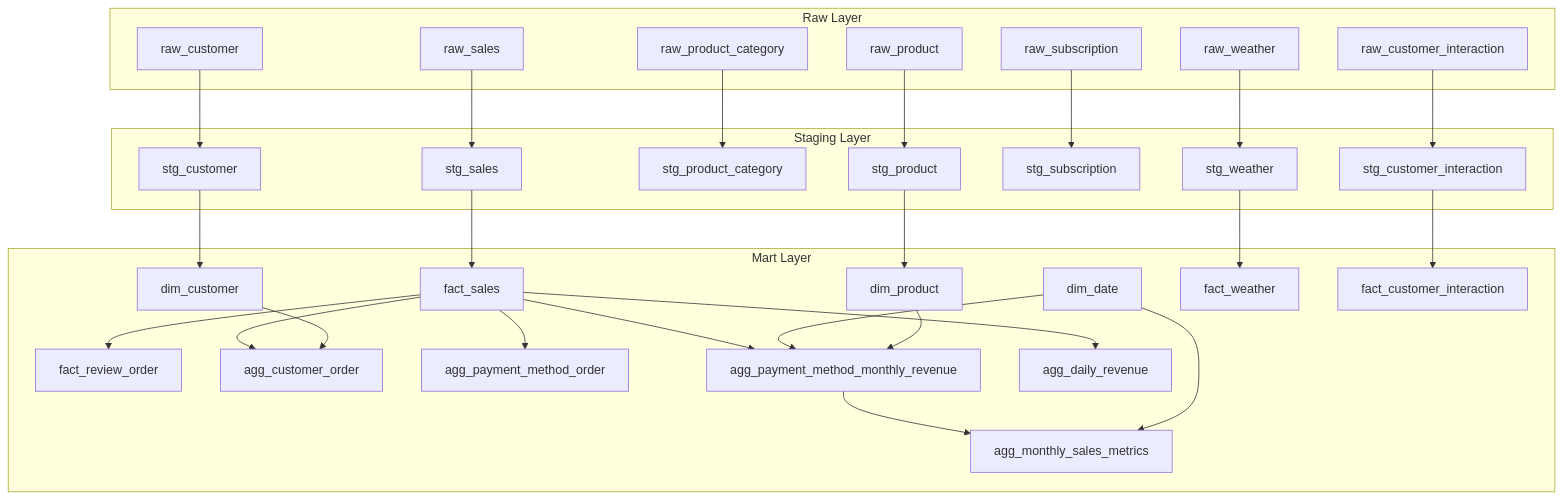
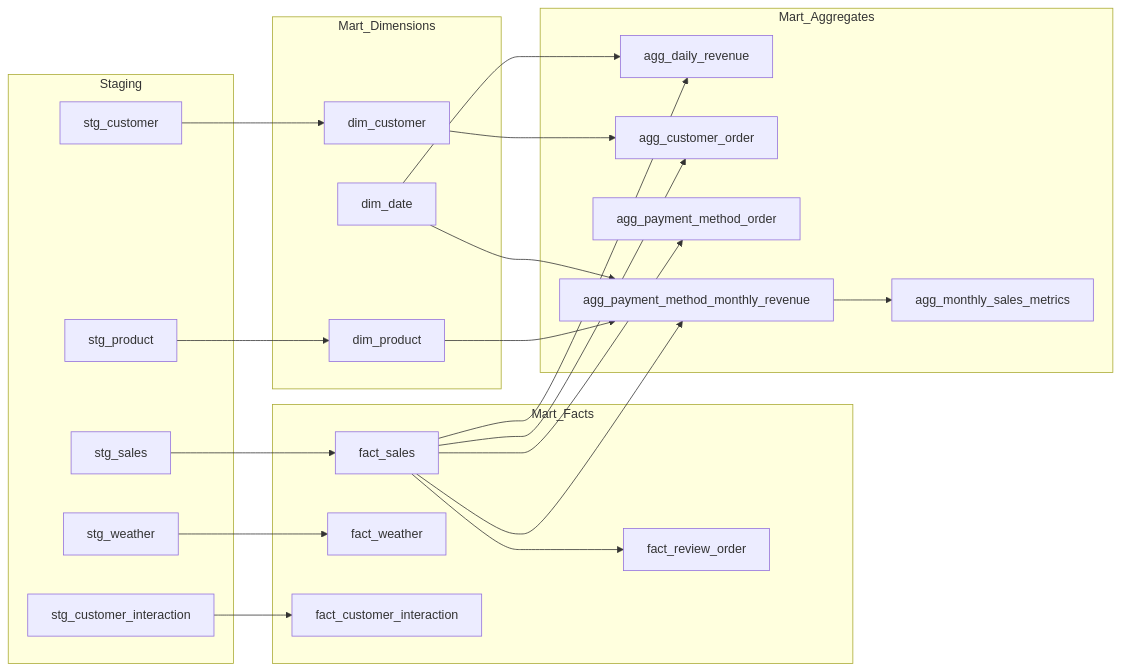
The first of 2 diagrams in docs/index.md (amit-ghosh-207/dp_sales_dbt), drawn with Mermaid before and after one commit. The commit also changed other lines of this file, not shown here.

````diff
--- a/docs/index.md
+++ b/docs/index.md
@@ -24,72 +46,47 @@
 ```mermaid
-graph TD
-    %% Raw Layer
-    subgraph Raw_Layer [Raw Layer]
-        R_C[raw_customer]
-        R_P[raw_product]
-        R_PC[raw_product_category]
-        R_S[raw_sales]
-        R_SUB[raw_subscription]
-        R_W[raw_weather]
-        R_CI[raw_customer_interaction]
+graph LR
+    subgraph Staging
+        stg_sales[stg_sales]
+        stg_customer[stg_customer]
+        stg_product[stg_product]
+        stg_weather[stg_weather]
+        stg_interaction[stg_customer_interaction]
     end
 
-    %% Staging Layer
-    subgraph Staging_Layer [Staging Layer]
-        S_C[stg_customer]
-        S_P[stg_product]
-        S_PC[stg_product_category]
-        S_S[stg_sales]
-        S_SUB[stg_subscription]
-        S_W[stg_weather]
-        S_CI[stg_customer_interaction]
+    subgraph Mart_Dimensions
+        dim_date[dim_date]
+        dim_customer[dim_customer]
+        dim_product[dim_product]
     end
 
-    %% Mart Layer
-    subgraph Mart_Layer [Mart Layer]
-        D_DATE[dim_date]
-        D_CUST[dim_customer]
-        D_PROD[dim_product]
-
-        F_S[fact_sales]
-        F_W[fact_weather]
-        F_CI[fact_customer_interaction]
-        F_RO[fact_review_order]
-
-        A_CO[agg_customer_order]
-        A_PMO[agg_payment_method_order]
-        A_PMMR[agg_payment_method_monthly_revenue]
-        A_MSM[agg_monthly_sales_metrics]
-        A_DR[agg_daily_revenue]
+    subgraph Mart_Facts
+        fact_sales[fact_sales]
+        fact_weather[fact_weather]
+        fact_interaction[fact_customer_interaction]
+        fact_review[fact_review_order]
     end
 
-    %% Lineage Connections
-    R_C --> S_C
-    R_P --> S_P
-    R_PC --> S_PC
-    R_S --> S_S
-    R_SUB --> S_SUB
-    R_W --> S_W
-    R_CI --> S_CI
+    subgraph Mart_Aggregates
+        agg_daily[agg_daily_revenue]
+        agg_cust_order[agg_customer_order]
+        agg_pay_method[agg_payment_method_order]
+        agg_pay_month[agg_payment_method_monthly_revenue]
+        agg_metrics[agg_monthly_sales_metrics]
+    end
 
-    S_C --> D_CUST
-    S_P --> D_PROD
-    S_S --> F_S
-    S_W --> F_W
-    S_CI --> F_CI
-
-    F_S --> F_RO
-    F_S --> A_CO
-    D_CUST --> A_CO
-
-    F_S --> A_PMO
-
-    F_S --> A_PMMR
-    D_DATE --> A_PMMR
-    D_PROD --> A_PMMR
-
-    A_PMMR --> A_MSM
-    D_DATE --> A_MSM
-
-    F_S --> A_DR
+    stg_sales --> fact_sales
+    stg_customer --> dim_customer
+    stg_product --> dim_product
+    stg_weather --> fact_weather
+    stg_interaction --> fact_interaction
+    fact_sales --> fact_review
+    fact_sales --> agg_daily
+    dim_date --> agg_daily
+    fact_sales --> agg_cust_order
+    dim_customer --> agg_cust_order
+    fact_sales --> agg_pay_method
+    fact_sales --> agg_pay_month
+    dim_product --> agg_pay_month
+    dim_date --> agg_pay_month
+    agg_pay_month --> agg_metrics
 ```
````
